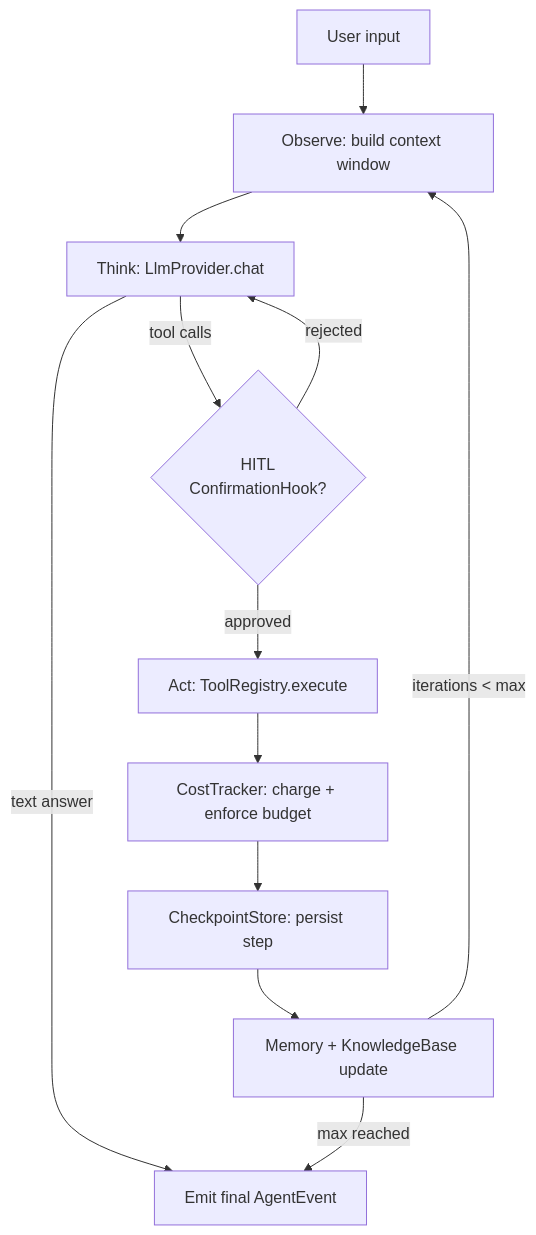
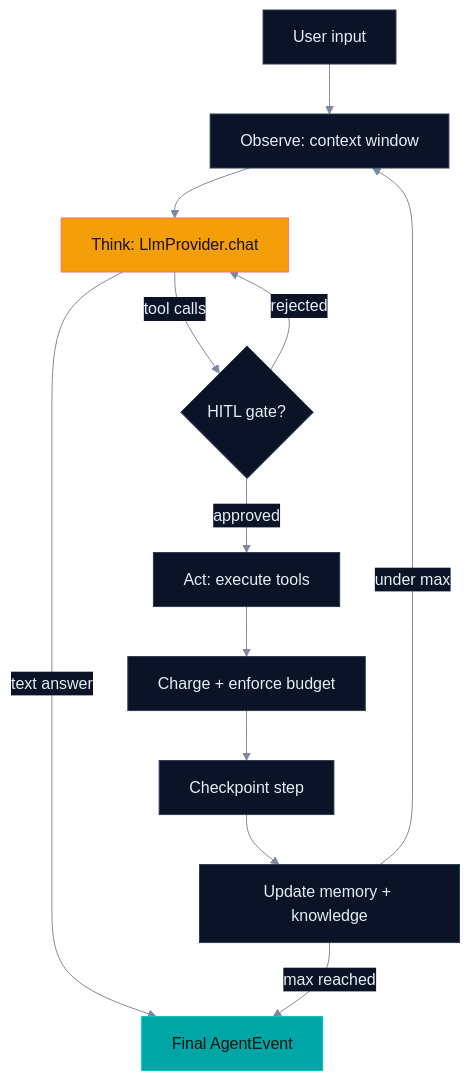
The first of 3 diagrams in README.md (SmooAI/smooth-operator-core), drawn with Mermaid before and after one commit. The commit also changed other lines of this file and 2 other files, not shown here.

Commit message:
chore: glow up README — hero banner, marketing callout, diagrams (#5)

````diff
--- a/README.md
+++ b/README.md
@@ -192,14 +185,22 @@
 ```mermaid
+%%{init: {'theme':'base','themeVariables':{
+  'background':'#020618','primaryColor':'#0b1426','primaryTextColor':'#e6edf6','primaryBorderColor':'#2b3a52',
+  'lineColor':'#7c8aa0','secondaryColor':'#0b1426','tertiaryColor':'#0b1426','fontFamily':'ui-sans-serif, system-ui, sans-serif',
+  'clusterBkg':'#0b1426','clusterBorder':'#22304a'}}}%%
 flowchart TD
-    U[User input] --> OBS[Observe: build context window]
+    U[User input] --> OBS[Observe: context window]
     OBS --> THINK[Think: LlmProvider.chat]
-    THINK -->|text answer| DONE[Emit final AgentEvent]
-    THINK -->|tool calls| GATE{"HITL<br/>ConfirmationHook?"}
-    GATE -->|approved| ACT[Act: ToolRegistry.execute]
+    THINK -->|text answer| DONE[Final AgentEvent]
+    THINK -->|tool calls| GATE{HITL gate?}
+    GATE -->|approved| ACT[Act: execute tools]
     GATE -->|rejected| THINK
-    ACT --> COST[CostTracker: charge + enforce budget]
-    COST --> CP[CheckpointStore: persist step]
-    CP --> MEM[Memory + KnowledgeBase update]
-    MEM -->|iterations < max| OBS
+    ACT --> COST[Charge + enforce budget]
+    COST --> CP[Checkpoint step]
+    CP --> MEM[Update memory + knowledge]
+    MEM -->|under max| OBS
     MEM -->|max reached| DONE
+    classDef warm fill:#f49f0a,stroke:#ff6b6c,color:#1a0f00;
+    classDef teal fill:#00a6a6,stroke:#00c2c2,color:#011;
+    class THINK warm
+    class DONE teal
 ```
````
